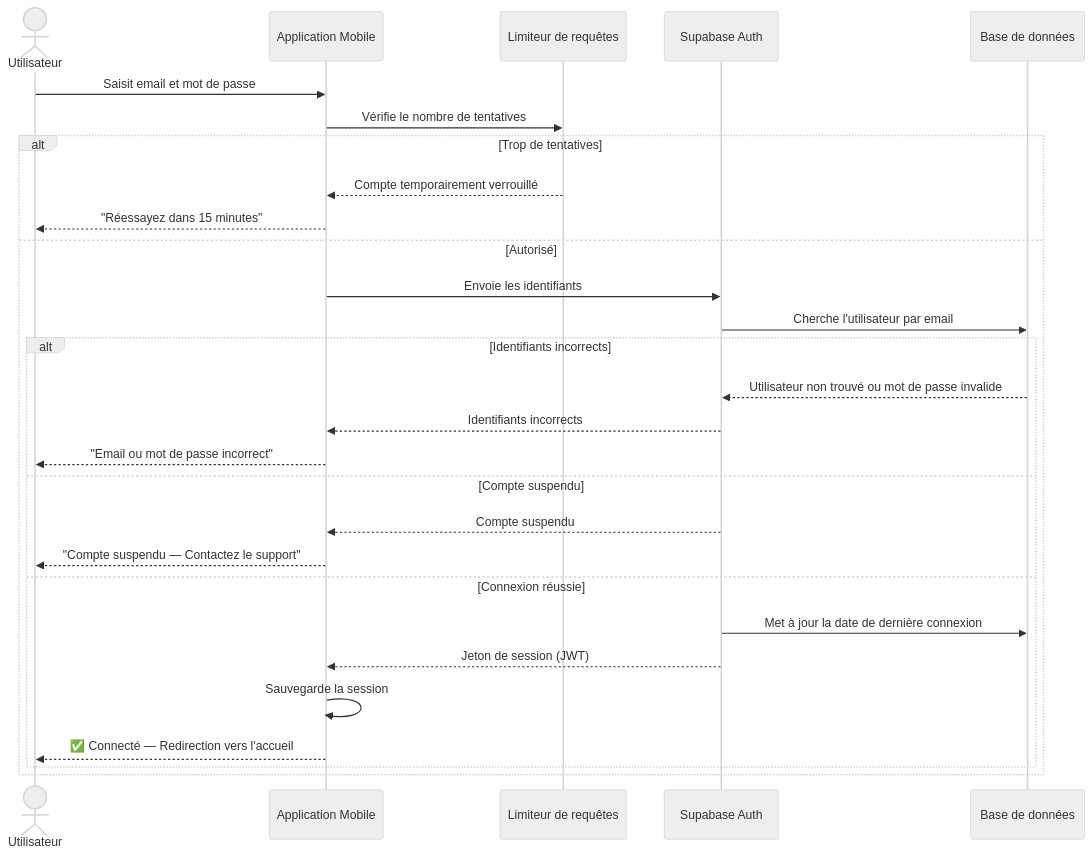
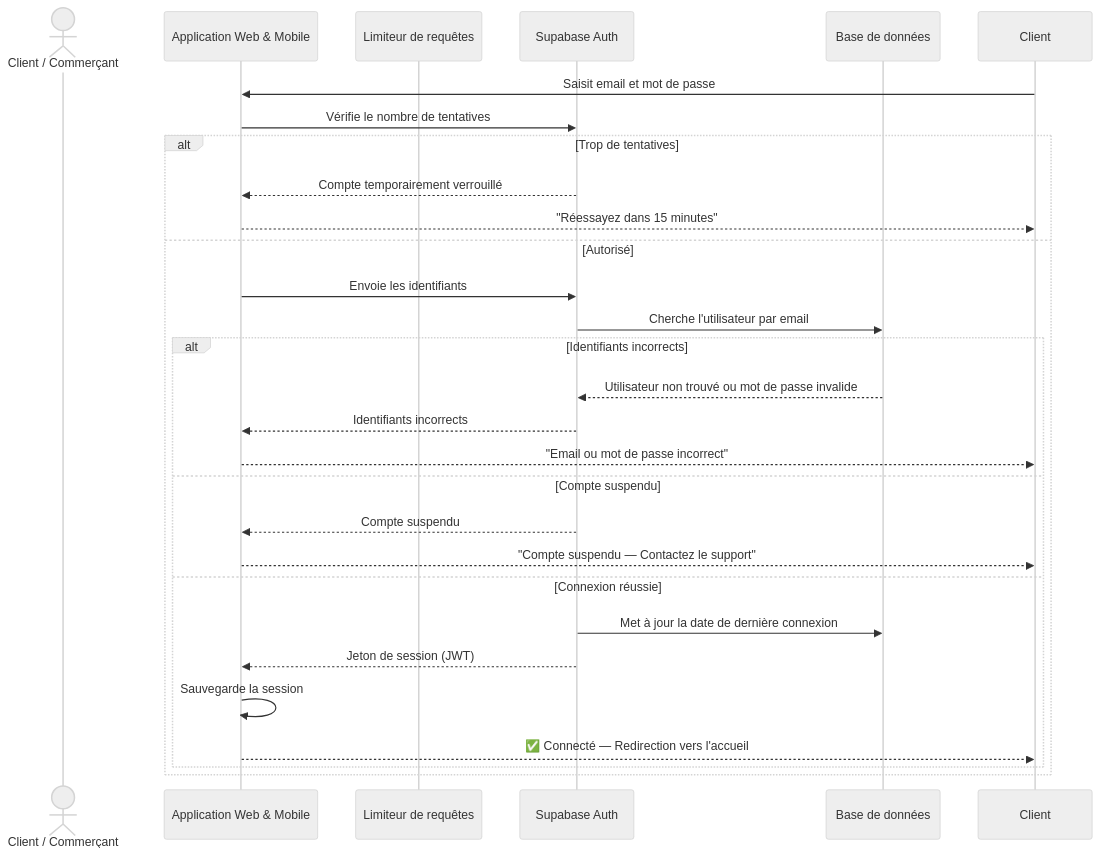
The third of 34 diagrams in SEQUENCE_DIAGRAMS_WORD_FORMAT_OPTIMIZED.md (Abderrahmen1111/private-PFE-repos), drawn with Mermaid (neutral theme) before and after one commit. The commit also changed other lines of this file and 2 other files, not shown here.

Commit message:
docs: adapt sequence diagrams to Web/Mobile apps and Django SaaS Admin

````diff
--- a/SEQUENCE_DIAGRAMS_WORD_FORMAT_OPTIMIZED.md
+++ b/SEQUENCE_DIAGRAMS_WORD_FORMAT_OPTIMIZED.md
@@ -80,31 +80,31 @@
 ```mermaid
 sequenceDiagram
-    actor Utilisateur
-    participant Application as Application Mobile
+    actor Client / Commerçant
+    participant App as Application Web & Mobile
     participant RateLimiter as Limiteur de requêtes
     participant SupabaseAuth as Supabase Auth
     participant BD as Base de données
 
-    Utilisateur->>Application: Saisit email et mot de passe
-    Application->>RateLimiter: Vérifie le nombre de tentatives
+    Client->>App: Saisit email et mot de passe
+    App->>SupabaseAuth: Vérifie le nombre de tentatives
     alt Trop de tentatives
-        RateLimiter-->>Application: Compte temporairement verrouillé
-        Application-->>Utilisateur: "Réessayez dans 15 minutes"
+        SupabaseAuth-->>App: Compte temporairement verrouillé
+        App-->>Client: "Réessayez dans 15 minutes"
     else Autorisé
-        Application->>SupabaseAuth: Envoie les identifiants
+        App->>SupabaseAuth: Envoie les identifiants
         SupabaseAuth->>BD: Cherche l'utilisateur par email
         alt Identifiants incorrects
             BD-->>SupabaseAuth: Utilisateur non trouvé ou mot de passe invalide
-            SupabaseAuth-->>Application: Identifiants incorrects
-            Application-->>Utilisateur: "Email ou mot de passe incorrect"
+            SupabaseAuth-->>App: Identifiants incorrects
+            App-->>Client: "Email ou mot de passe incorrect"
         else Compte suspendu
-            SupabaseAuth-->>Application: Compte suspendu
-            Application-->>Utilisateur: "Compte suspendu — Contactez le support"
+            SupabaseAuth-->>App: Compte suspendu
+            App-->>Client: "Compte suspendu — Contactez le support"
         else Connexion réussie
             SupabaseAuth->>BD: Met à jour la date de dernière connexion
-            SupabaseAuth-->>Application: Jeton de session (JWT)
-            Application->>Application: Sauvegarde la session
-            Application-->>Utilisateur: ✅ Connecté — Redirection vers l'accueil
+            SupabaseAuth-->>App: Jeton de session (JWT)
+            App->>App: Sauvegarde la session
+            App-->>Client: ✅ Connecté — Redirection vers l'accueil
         end
     end
 ```
````
